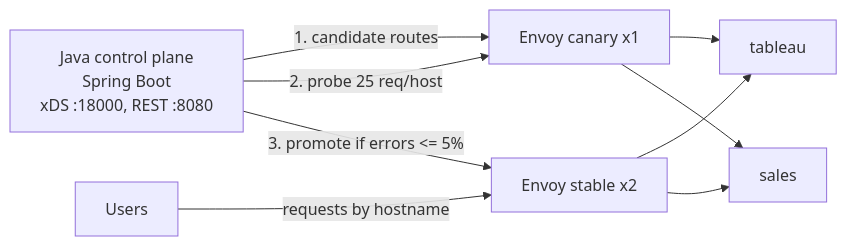
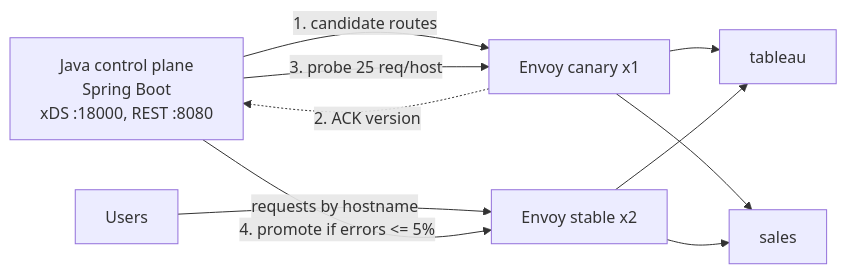
The diagram in README.md (vikrams3/edge-control-plane), drawn with Mermaid before and after one commit. The commit also changed other lines of this file and 12 other files, not shown here.

````diff
--- a/README.md
+++ b/README.md
@@ -9,11 +9,12 @@
 ```mermaid
 flowchart LR
   U[Users] -->|requests by hostname| S[Envoy stable x2]
   CP[Java control plane<br/>Spring Boot<br/>xDS :18000, REST :8080] -->|1. candidate routes| C[Envoy canary x1]
-  CP -->|2. probe 25 req/host| C
-  CP -->|3. promote if errors <= 5%| S
+  C -.->|2. ACK version| CP
+  CP -->|3. probe 25 req/host| C
+  CP -->|4. promote if errors <= 5%| S
   C --> T[tableau]
   C --> SA[sales]
   S --> T
   S --> SA
 ```
````
